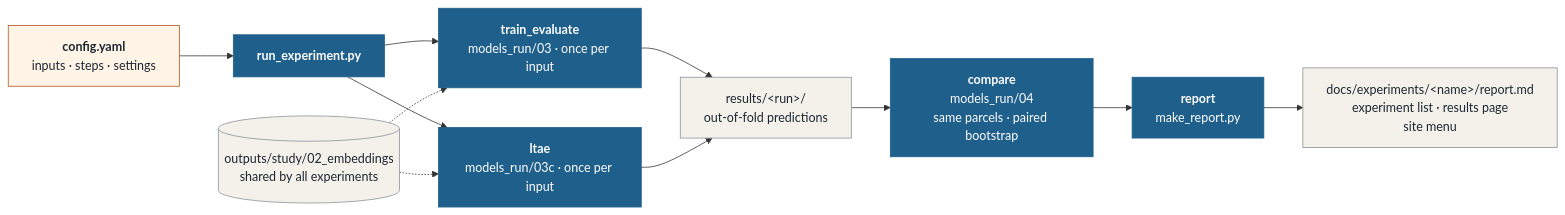
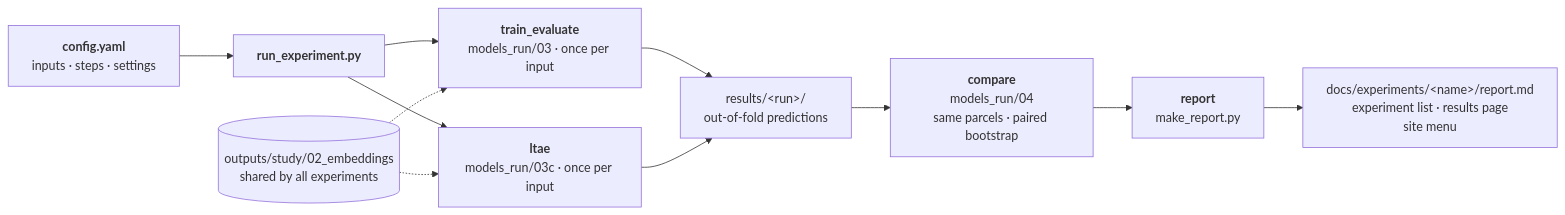
The first of 2 diagrams in docs/experiments/index.md (amanchry/irrimapping-geofm), drawn with Mermaid before and after one commit. The commit also changed other lines of this file and 79 other files, not shown here.

````diff
--- a/docs/experiments/index.md
+++ b/docs/experiments/index.md
@@ -50,20 +50,13 @@
 ```mermaid
 flowchart LR
     CFG["<b>config.yaml</b><br/>inputs · steps · settings"] --> RUN["<b>run_experiment.py</b>"]
     RUN --> S1["<b>train_evaluate</b><br/>models_run/03 · once per input"]
     RUN --> S2["<b>ltae</b><br/>models_run/03c · once per input"]
     S1 --> R["results/&lt;run&gt;/<br/>out-of-fold predictions"]
     S2 --> R
     R --> C["<b>compare</b><br/>models_run/04<br/>same parcels · paired bootstrap"]
     C --> REP["<b>report</b><br/>make_report.py"]
     REP --> MD["docs/experiments/&lt;name&gt;/report.md<br/>experiment list · results page<br/>site menu"]
     EMB[("outputs/study/02_embeddings<br/>shared by all experiments")] -.-> S1
     EMB -.-> S2
-
-    classDef cfg fill:#FFF4E6,stroke:#B4541A,color:#1C2733
-    classDef step fill:#1F5F8B,color:#fff,stroke:#1F5F8B
-    classDef out fill:#F4F1EA,stroke:#8A919A,color:#1C2733
-    class CFG cfg
-    class RUN,S1,S2,C,REP step
-    class R,MD,EMB out
 ```
````
